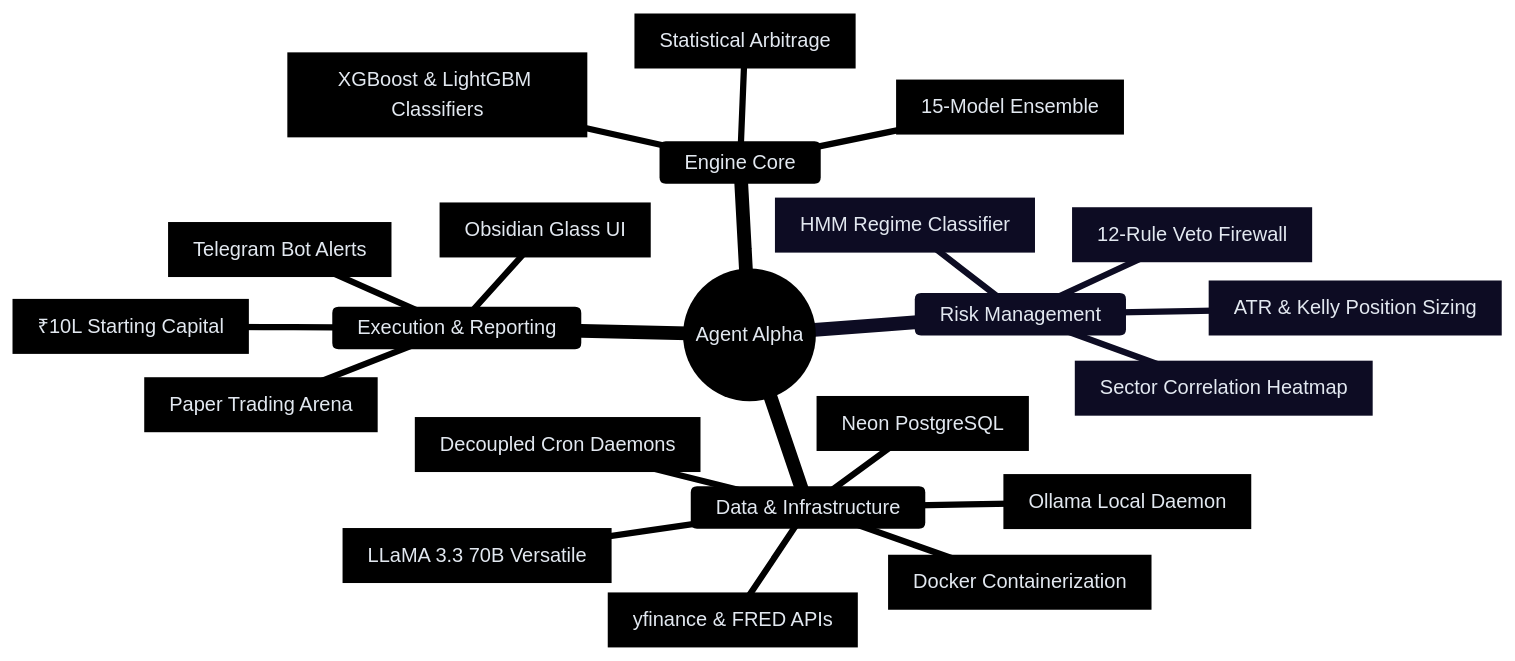
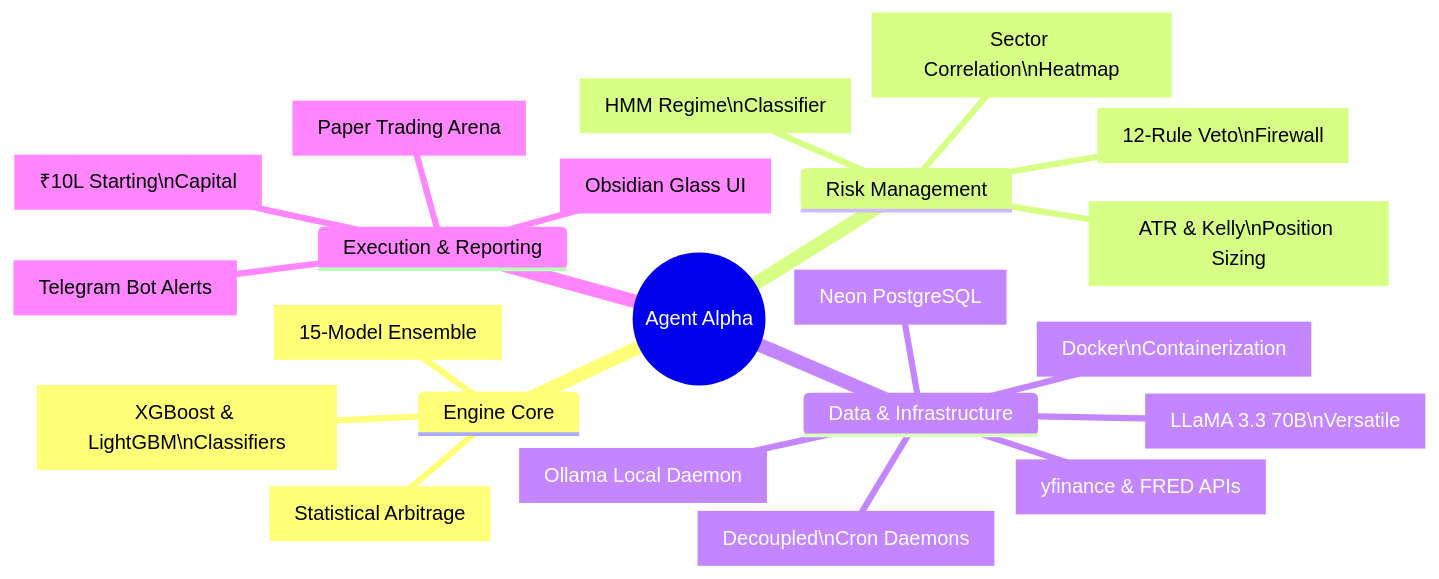
One commit to SaiSiddharthBS/MarketAnalyser changed the first of 5 diagrams in README.md. Above: the diagram before and after it, drawn with Mermaid. The commit also changed other lines of this file, not shown here.

Commit message:
docs: Fix mermaid diagram clipping fully by dropping init blocks and adding vibrant classDef colors

````diff
--- a/README.md
+++ b/README.md
@@ -98,26 +98,25 @@
 ```mermaid
-%%{init: {'theme': 'base', 'themeVariables': { 'primaryColor': '#0f172a', 'primaryTextColor': '#e2e8f0', 'primaryBorderColor': '#38bdf8', 'lineColor': '#475569', 'secondaryColor': '#1e293b', 'tertiaryColor': '#312e81'}}}%%
 mindmap
   root((Agent Alpha))
     Engine Core
       [15-Model Ensemble]
-      [XGBoost & LightGBM Classifiers]
+      [XGBoost & LightGBM\nClassifiers]
       [Statistical Arbitrage]
     Risk Management
-      [HMM Regime Classifier]
-      [12-Rule Veto Firewall]
-      [Sector Correlation Heatmap]
-      [ATR & Kelly Position Sizing]
+      [HMM Regime\nClassifier]
+      [12-Rule Veto\nFirewall]
+      [Sector Correlation\nHeatmap]
+      [ATR & Kelly\nPosition Sizing]
     Data & Infrastructure
       [Ollama Local Daemon]
-      [LLaMA 3.3 70B Versatile]
+      [LLaMA 3.3 70B\nVersatile]
       [yfinance & FRED APIs]
       [Neon PostgreSQL]
-      [Docker Containerization]
-      [Decoupled Cron Daemons]
+      [Docker\nContainerization]
+      [Decoupled\nCron Daemons]
     Execution & Reporting
       [Paper Trading Arena]
-      [₹10L Starting Capital]
+      [₹10L Starting\nCapital]
       [Telegram Bot Alerts]
       [Obsidian Glass UI]
 ```
````
